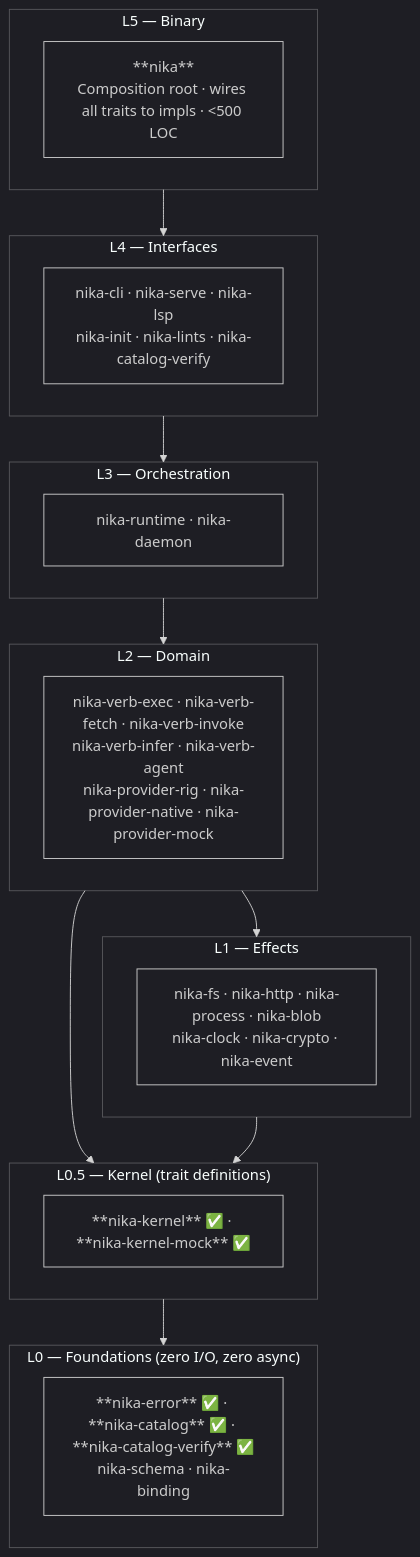
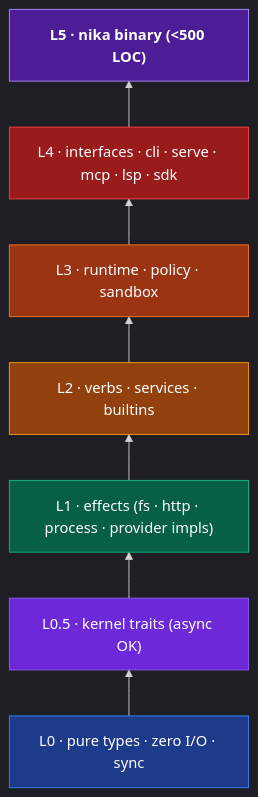
The diagram in docs/mintlify/concepts/architecture.mdx (supernovae-st/nika), drawn with Mermaid before and after one commit. The commit also changed other lines of this file and 1 other file, not shown here.

````diff
--- a/docs/mintlify/concepts/architecture.mdx
+++ b/docs/mintlify/concepts/architecture.mdx
@@ -14,41 +25,21 @@
 ```mermaid
-%%{init: {'theme': 'dark', 'themeVariables': {'background': 'transparent', 'mainBkg': 'transparent'}}}%%
-flowchart TD
-    classDef layer fill:#111827,color:#f9fafb,stroke:#374151,font-size:13px
+%%{init: {'theme':'dark','themeVariables':{'background':'transparent','mainBkg':'transparent'}}}%%
+flowchart BT
+  L0["L0 · pure types · zero I/O · sync"]:::z
+  L05["L0.5 · kernel traits (async OK)"]:::a
+  L1["L1 · effects (fs · http · process · provider impls)"]:::b
+  L2["L2 · verbs · services · builtins"]:::c
+  L3["L3 · runtime · policy · sandbox"]:::d
+  L4["L4 · interfaces · cli · serve · mcp · lsp · sdk"]:::e
+  L5["L5 · nika binary (&lt;500 LOC)"]:::f
 
-    subgraph L5["L5 — Binary"]
-        B["**nika**\nComposition root · wires all traits to impls · &lt;500 LOC"]
-    end
+  L0 --> L05 --> L1 --> L2 --> L3 --> L4 --> L5
 
-    subgraph L4["L4 — Interfaces"]
-        L4N["nika-cli · nika-serve · nika-lsp\nnika-init · nika-lints · nika-catalog-verify"]
-    end
-
-    subgraph L3["L3 — Orchestration"]
-        L3N["nika-runtime · nika-daemon"]
-    end
-
-    subgraph L2["L2 — Domain"]
-        L2N["nika-verb-exec · nika-verb-fetch · nika-verb-invoke\nnika-verb-infer · nika-verb-agent\nnika-provider-rig · nika-provider-native · nika-provider-mock"]
-    end
-
-    subgraph L1["L1 — Effects"]
-        L1N["nika-fs · nika-http · nika-process · nika-blob\nnika-clock · nika-crypto · nika-event"]
-    end
-
-    subgraph L05["L0.5 — Kernel (trait definitions)"]
-        L05N["**nika-kernel** ✅ · **nika-kernel-mock** ✅"]
-    end
-
-    subgraph L0["L0 — Foundations (zero I/O, zero async)"]
-        L0N["**nika-error** ✅ · **nika-catalog** ✅ · **nika-catalog-verify** ✅\nnika-schema · nika-binding"]
-    end
-
-    L5 --> L4
-    L4 --> L3
-    L3 --> L2
-    L2 --> L1
-    L2 --> L05
-    L1 --> L05
-    L05 --> L0
+  classDef z fill:#1e3a8a,color:#fff,stroke:#3b82f6
+  classDef a fill:#6d28d9,color:#fff,stroke:#8b5cf6
+  classDef b fill:#065f46,color:#fff,stroke:#10b981
+  classDef c fill:#92400e,color:#fff,stroke:#f59e0b
+  classDef d fill:#9a3412,color:#fff,stroke:#f97316
+  classDef e fill:#991b1b,color:#fff,stroke:#ef4444
+  classDef f fill:#4c1d95,color:#fff,stroke:#a78bfa,font-weight:bold
 ```
````
